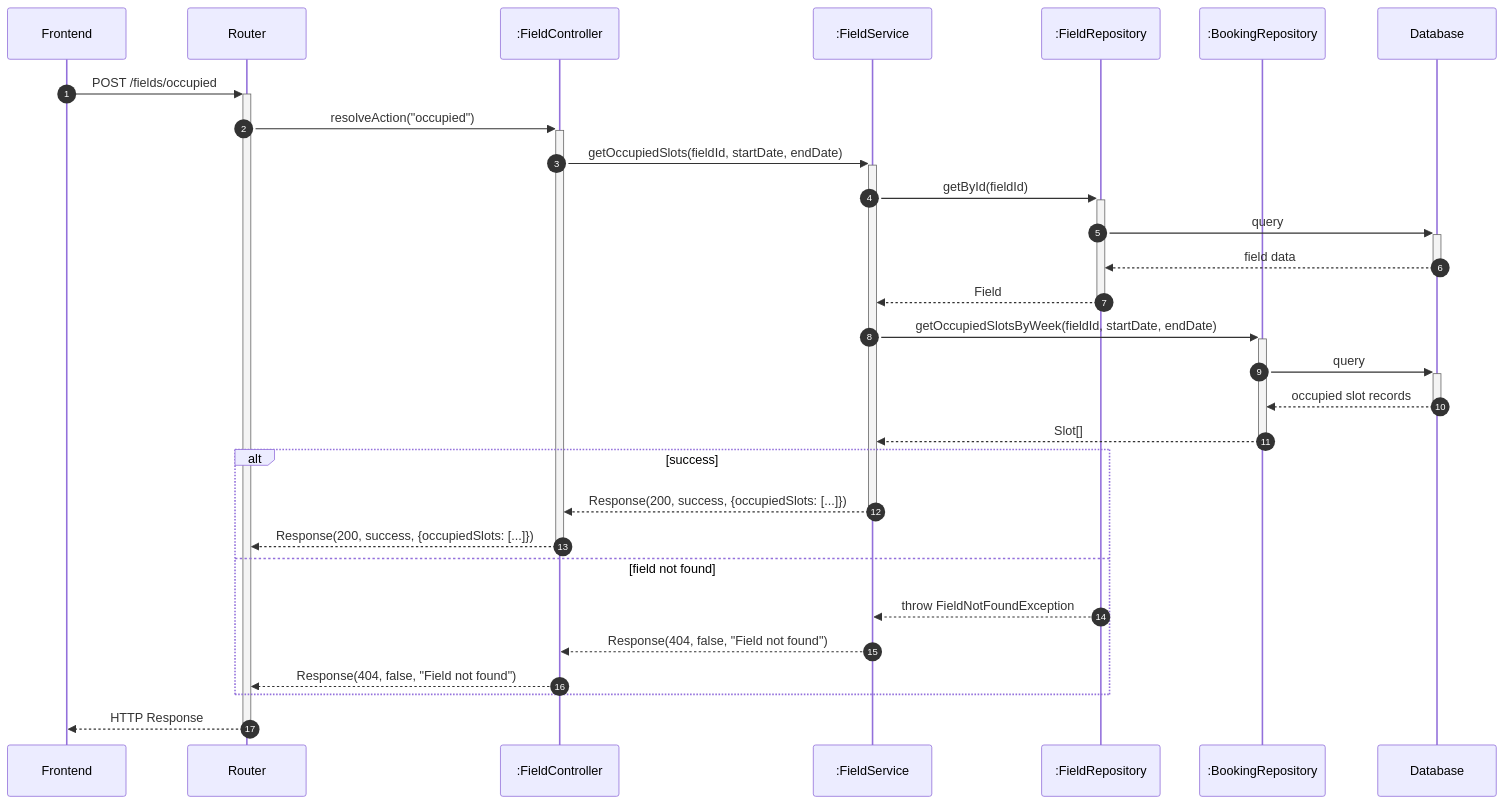
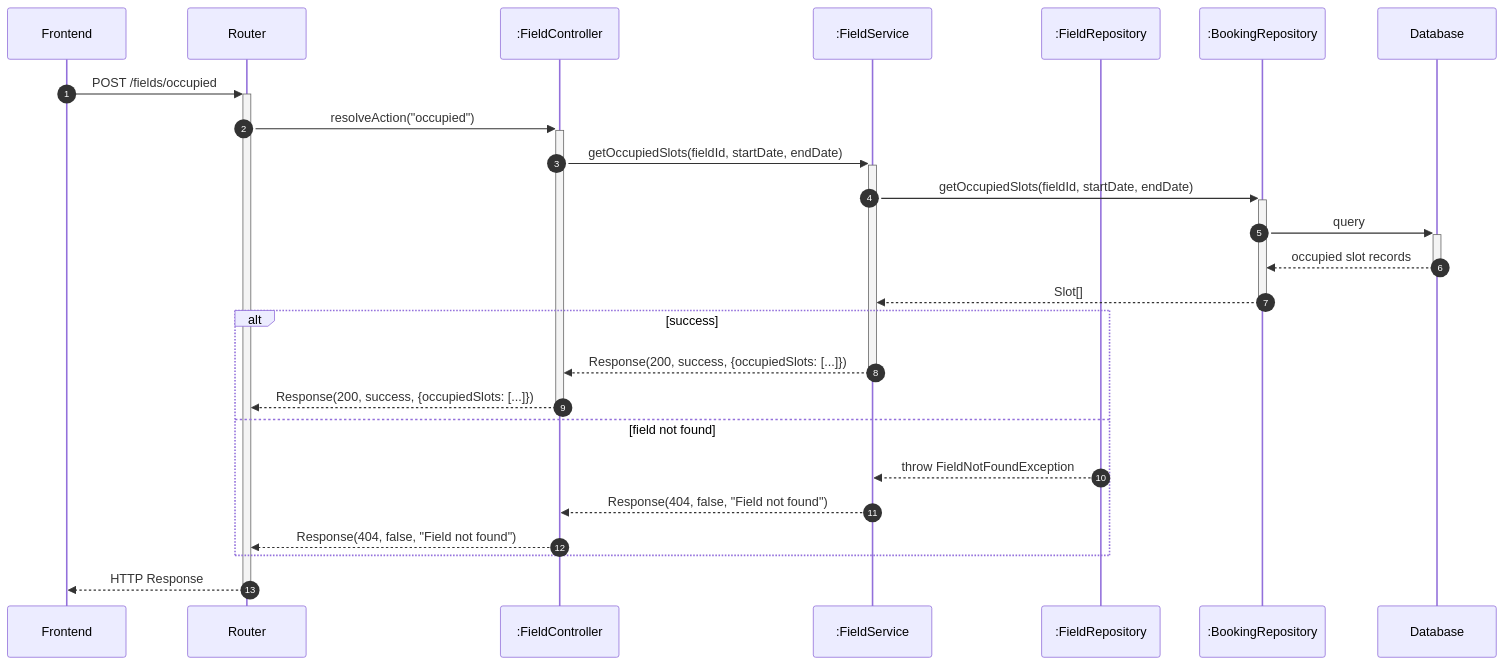
Before and after one commit to mb4dev/progetto-prova: the fourth of 4 diagrams in documentazione/UC03.md, drawn with Mermaid. The commit also changed other lines of this file and 12 other files, not shown here.

````diff
--- a/documentazione/UC03.md
+++ b/documentazione/UC03.md
@@ -101,37 +135,31 @@
 ```mermaid
 sequenceDiagram
     autonumber
 
     participant frontend as Frontend
     participant router as Router
     participant controller as :FieldController
     participant service as :FieldService
     participant fieldRepo as :FieldRepository
     participant bookingRepo as :BookingRepository
     participant db as Database
 
     frontend ->>+ router: POST /fields/occupied
     router ->>+ controller: resolveAction("occupied")
     controller ->>+ service: getOccupiedSlots(fieldId, startDate, endDate)
-    
-    service ->>+ fieldRepo: getById(fieldId)
-    fieldRepo ->>+ db: query
-    db -->>- fieldRepo: field data
-    fieldRepo -->>- service: Field
-
-    service ->>+ bookingRepo: getOccupiedSlotsByWeek(fieldId, startDate, endDate)
+    service ->>+ bookingRepo: getOccupiedSlots(fieldId, startDate, endDate)
     bookingRepo ->>+ db: query
     db -->>- bookingRepo: occupied slot records
     bookingRepo -->>- service: Slot[]
     
     alt success
         service -->>- controller: Response(200, success, {occupiedSlots: [...]})
         controller -->>- router: Response(200, success, {occupiedSlots: [...]})
     else field not found
         fieldRepo -->> service: throw FieldNotFoundException
         service -->> controller: Response(404, false, "Field not found")
         controller -->> router: Response(404, false, "Field not found")
     end
     
     router -->>- frontend: HTTP Response
 ```
````
